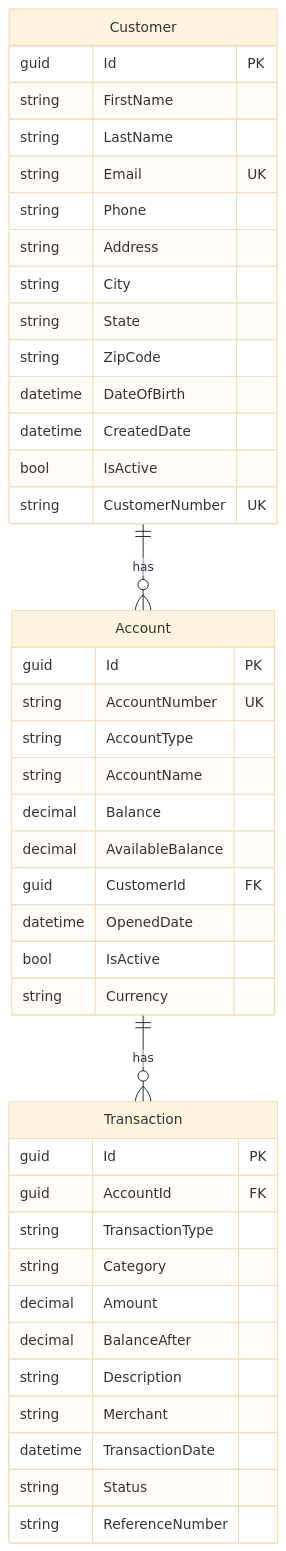
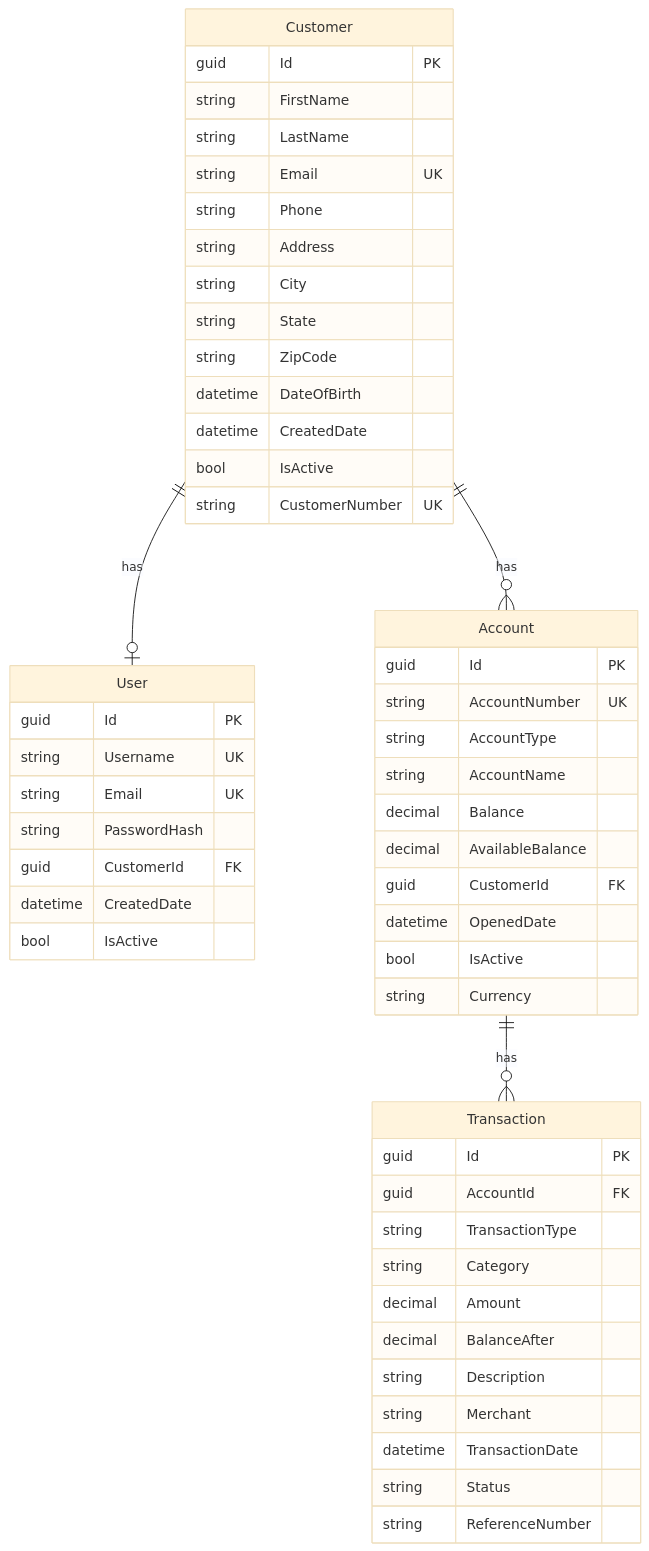
The diagram in README.md (beniclark/banking-dotnet-demo), drawn with Mermaid (base theme) before and after one commit. The commit also changed other lines of this file and 7 other files, not shown here.

````diff
--- a/README.md
+++ b/README.md
@@ -93,48 +98,59 @@
 ```mermaid
 erDiagram
     Customer {
         guid Id PK
         string FirstName
         string LastName
         string Email UK
         string Phone
         string Address
         string City
         string State
         string ZipCode
         datetime DateOfBirth
         datetime CreatedDate
         bool IsActive
         string CustomerNumber UK
+    }
+    
+    User {
+        guid Id PK
+        string Username UK
+        string Email UK
+        string PasswordHash
+        guid CustomerId FK
+        datetime CreatedDate
+        bool IsActive
     }
     
     Account {
         guid Id PK
         string AccountNumber UK
         string AccountType
         string AccountName
         decimal Balance
         decimal AvailableBalance
         guid CustomerId FK
         datetime OpenedDate
         bool IsActive
         string Currency
     }
     
     Transaction {
         guid Id PK
         guid AccountId FK
         string TransactionType
         string Category
         decimal Amount
         decimal BalanceAfter
         string Description
         string Merchant
         datetime TransactionDate
         string Status
         string ReferenceNumber
     }
     
+    Customer ||--o| User : "has"
     Customer ||--o{ Account : "has"
     Account ||--o{ Transaction : "has"
 ```
````
